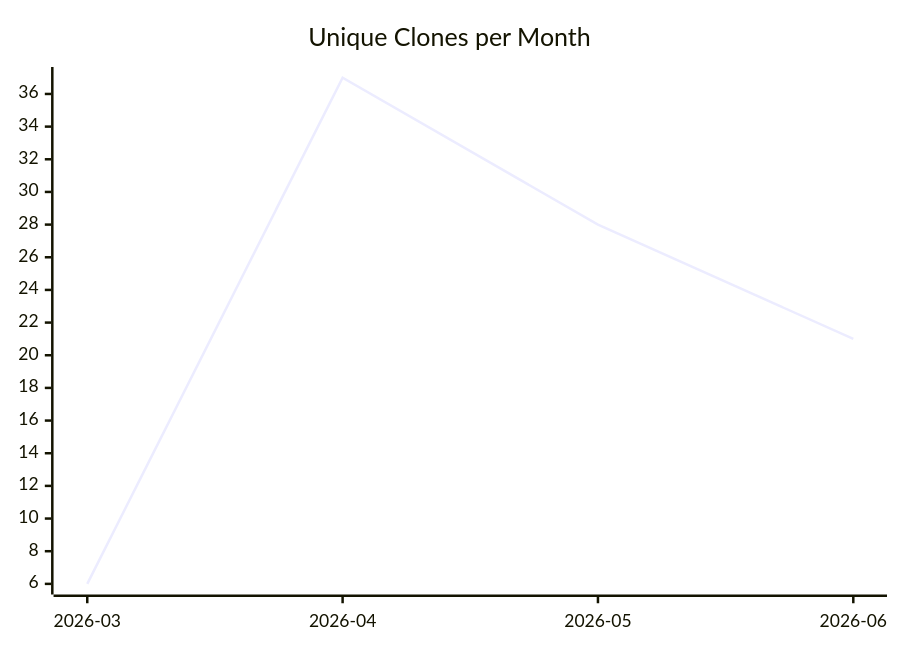
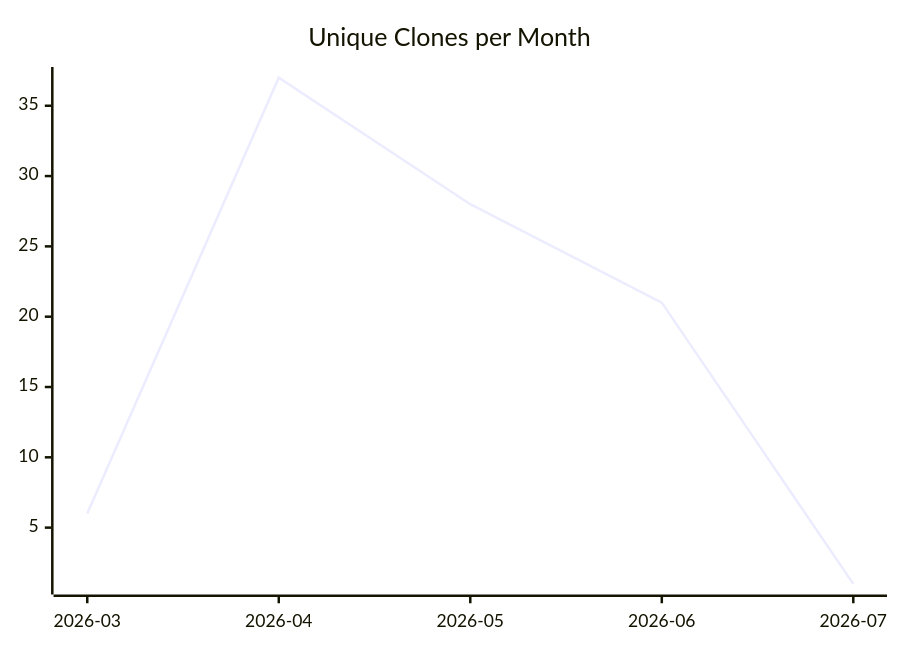
The third of 3 diagrams in karlmdavis/ansible-role-jenkins2/README.md (justdavis-family/github-analytics-data), drawn with Mermaid before and after one commit. The commit also changed other lines of this file and 199 other files, not shown here.

````diff
--- a/karlmdavis/ansible-role-jenkins2/README.md
+++ b/karlmdavis/ansible-role-jenkins2/README.md
@@ -19,6 +19,6 @@
 ```mermaid
 xychart-beta
   title "Unique Clones per Month"
-  x-axis ["2026-03", "2026-04", "2026-05", "2026-06"]
-  line [6, 37, 28, 21]
+  x-axis ["2026-03", "2026-04", "2026-05", "2026-06", "2026-07"]
+  line [6, 37, 28, 21, 1]
 ```
````
